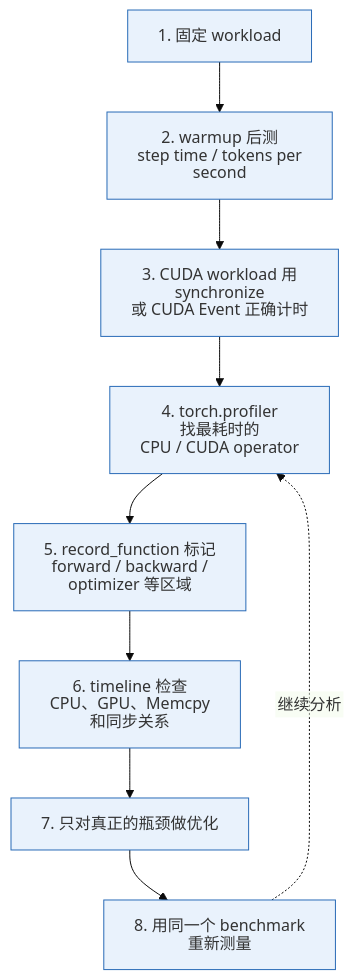
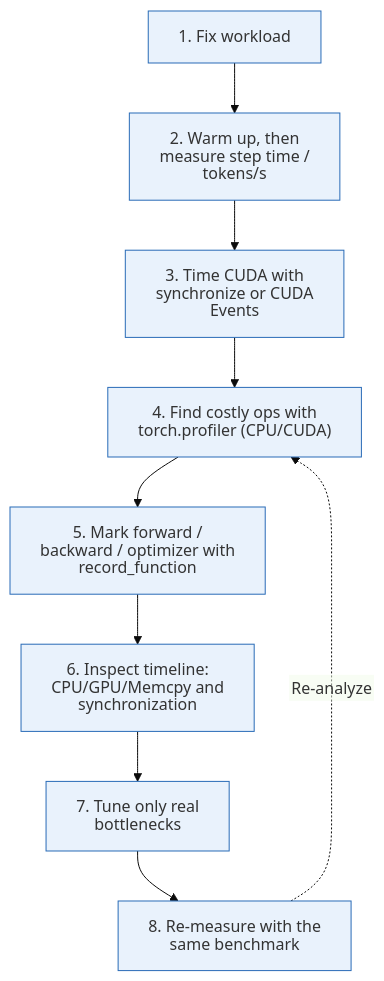
Before and after one commit to jshn9515/deep-learning-notes: the diagram in en/ch12-llm-training-engineering/figures/ch12.3-profiling-steps.mmd, drawn with Mermaid. The commit also changed 11 other files, not shown here.

Commit message:
DOC: Translate Chapter 12 diagram labels

```diff
--- a/en/ch12-llm-training-engineering/figures/ch12.3-profiling-steps.mmd
+++ b/en/ch12-llm-training-engineering/figures/ch12.3-profiling-steps.mmd
@@ -1,39 +1,39 @@
 ---
 config:
   startOnLoad: false
   theme: base
   htmlLabels: false
   fontFamily: Arial, Microsoft YaHei, Noto Serif CJK SC, sans-serif
   themeVariables:
     fontSize: 16px
     primaryColor: "#e9f2fc"
     primaryBorderColor: "#296bb7"
     primaryTextColor: "#333333"
     lineColor: "#0b0b0b"
 
   themeCSS: |
     .node text,
     .nodeLabel,
     .label text {
       font-weight: 400;
       font-style: normal;
     }
 
     .node rect,
     .flowchart-link {
       stroke-width: 1px;
     }
 ---
 
 flowchart TD
-    A["1. 固定 workload"]
-    B["2. warmup 后测<br/>step time / tokens per second"]
-    C["3. CUDA workload 用 synchronize<br/>或 CUDA Event 正确计时"]
-    D["4. torch.profiler 找最耗时的<br/>CPU / CUDA operator"]
-    E["5. record_function 标记<br/>forward / backward / optimizer 等区域"]
-    F["6. timeline 检查 CPU、GPU、Memcpy<br/>和同步关系"]
-    G["7. 只对真正的瓶颈做优化"]
-    H["8. 用同一个 benchmark 重新测量"]
+    A["1. Fix workload"]
+    B["2. Warm up, then<br/>measure step time / tokens/s"]
+    C["3. Time CUDA with<br/>synchronize or CUDA Events"]
+    D["4. Find costly ops with<br/>torch.profiler (CPU/CUDA)"]
+    E["5. Mark forward /<br/>backward / optimizer with record_function"]
+    F["6. Inspect timeline:<br/>CPU/GPU/Memcpy and synchronization"]
+    G["7. Tune only real bottlenecks"]
+    H["8. Re-measure with the same benchmark"]
 
     A --> B --> C --> D --> E --> F --> G --> H
-    H -. "继续分析" .-> D
+    H -. "Re-analyze" .-> D
```
